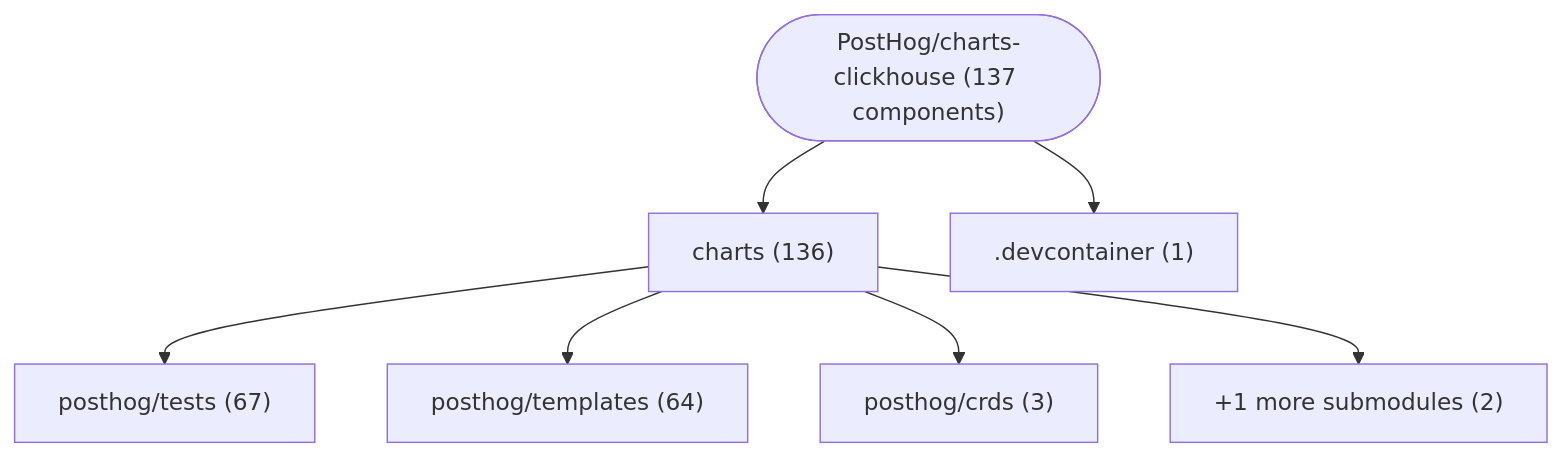
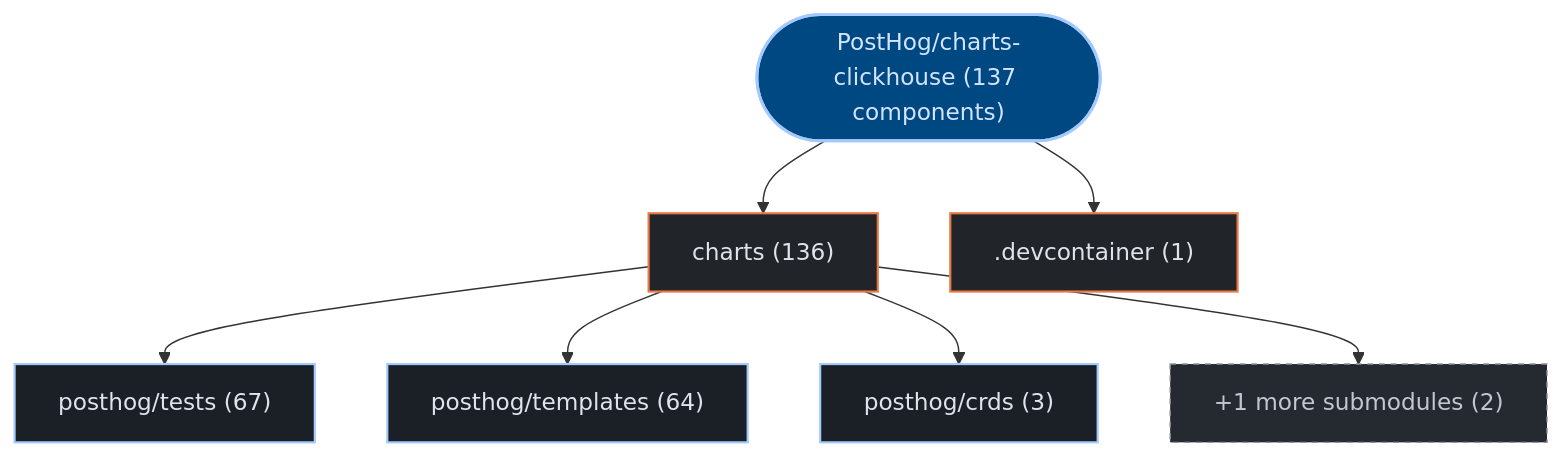
Before and after one commit to kumarshaz/atruss-code-atlas: the first of 3 diagrams in exports/latest/reports/PostHog-charts-clickhouse-report.md, drawn with Mermaid. The commit also changed other lines of this file and 331 other files, not shown here.

Commit message:
docs,ui,fix: update SDLC docs, reorder CI/CD DAG first, stylize Mermaid, and fix Arc42 pipeline topology

````diff
--- a/exports/latest/reports/PostHog-charts-clickhouse-report.md
+++ b/exports/latest/reports/PostHog-charts-clickhouse-report.md
@@ -42,16 +42,23 @@
 ```mermaid
 graph TD;
-    repo_root(["PostHog/charts-clickhouse (137 components)"])
-    dir_0_charts["charts (136)"]
+  classDef atlasRoot fill:#004882,stroke:#a3c9ff,stroke-width:2px,color:#d3e4ff
+  classDef atlasCategory fill:#212428,stroke:#E87A48,stroke-width:1.5px,color:#dfe3eb
+  classDef atlasWorkflow fill:#1b2026,stroke:#a3c9ff,stroke-width:1.5px,color:#dfe3eb
+  classDef atlasJob fill:#171c22,stroke:#8d9199,stroke-width:1px,color:#dfe3eb
+  classDef atlasTarget fill:#005227,stroke:#8bd99b,stroke-width:1.5px,color:#a7f6b6
+  classDef atlasAlert fill:#93000a,stroke:#ffb4ab,stroke-width:1.5px,color:#ffdad6
+  classDef atlasMore fill:#252a31,stroke:#8d9199,stroke-dasharray:4 4,color:#c3c6cf
+    repo_root(["PostHog/charts-clickhouse (137 components)"]):::atlasRoot
+    dir_0_charts["charts (136)"]:::atlasCategory
     repo_root --> dir_0_charts
-    sub_0_0_posthog_tests["posthog/tests (67)"]
+    sub_0_0_posthog_tests["posthog/tests (67)"]:::atlasWorkflow
     dir_0_charts --> sub_0_0_posthog_tests
-    sub_0_1_posthog_templates["posthog/templates (64)"]
+    sub_0_1_posthog_templates["posthog/templates (64)"]:::atlasWorkflow
     dir_0_charts --> sub_0_1_posthog_templates
-    sub_0_2_posthog_crds["posthog/crds (3)"]
+    sub_0_2_posthog_crds["posthog/crds (3)"]:::atlasWorkflow
     dir_0_charts --> sub_0_2_posthog_crds
-    sub_0_more["+1 more submodules (2)"]
+    sub_0_more["+1 more submodules (2)"]:::atlasMore
     dir_0_charts --> sub_0_more
-    dir_1__devcontainer[".devcontainer (1)"]
+    dir_1__devcontainer[".devcontainer (1)"]:::atlasCategory
     repo_root --> dir_1__devcontainer
 ```
````
